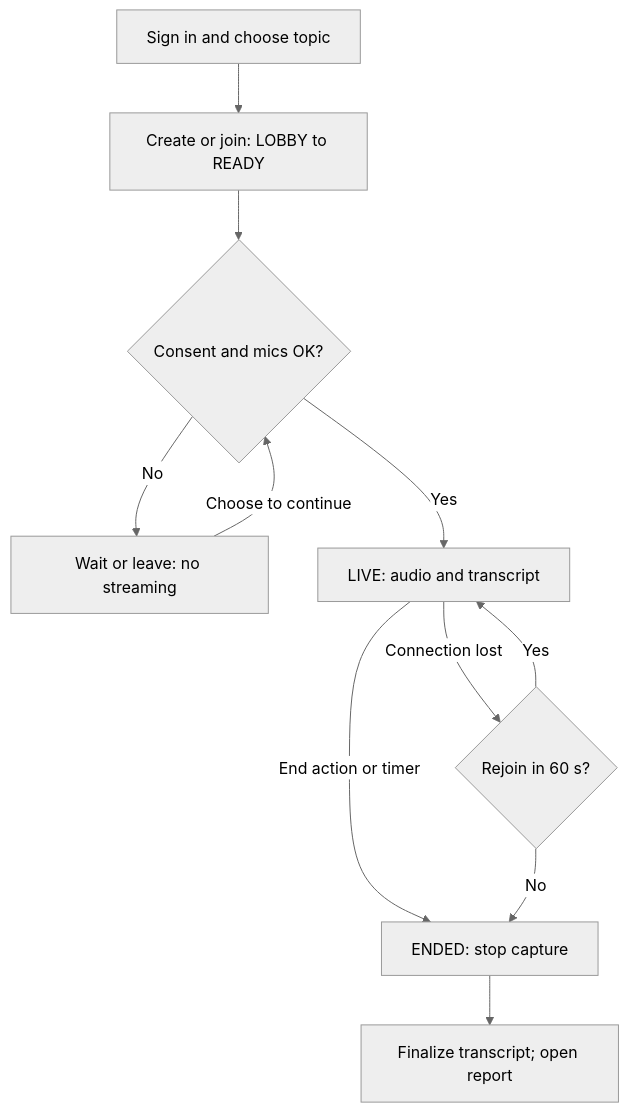
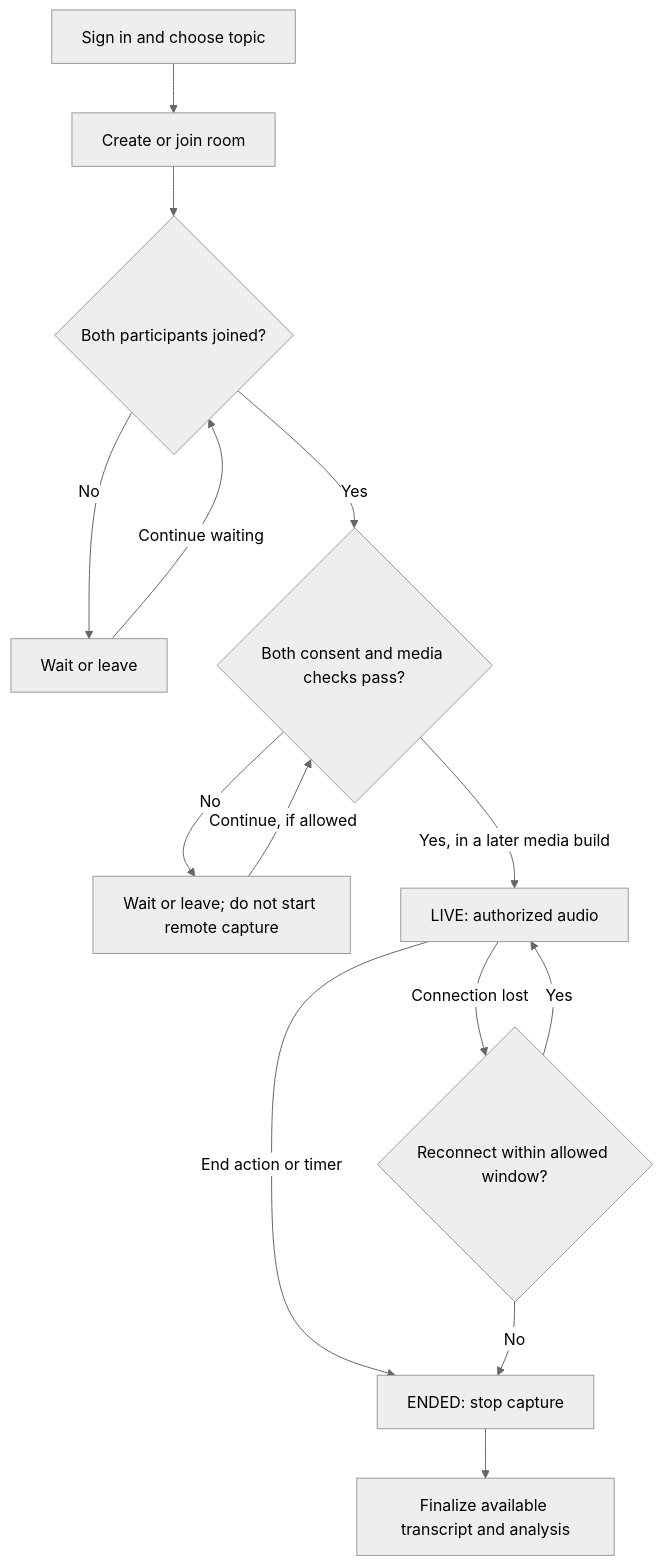
The first of 2 diagrams in docs/requirements/VISION_DOCUMENT.md (nguyendinhthienloc/DebateSpeak), drawn with Mermaid (neutral theme) before and after one commit. The commit also changed other lines of this file and 2 other files, not shown here.

````diff
--- a/docs/requirements/VISION_DOCUMENT.md
+++ b/docs/requirements/VISION_DOCUMENT.md
@@ -178,13 +186,16 @@
 ```mermaid
 flowchart TD
-    signIn["Sign in and choose topic"] --> lobby["Create or join: LOBBY to READY"]
-    lobby --> consent{"Consent and mics OK?"}
-    consent -->|"No"| waitRoom["Wait or leave: no streaming"]
-    waitRoom -->|"Choose to continue"| consent
-    consent -->|"Yes"| liveRoom["LIVE: audio and transcript"]
+    signIn["Sign in and choose topic"] --> lobby["Create or join room"]
+    lobby --> ready{"Both participants joined?"}
+    ready -->|"No"| waitRoom["Wait or leave"]
+    waitRoom -->|"Continue waiting"| ready
+    ready -->|"Yes"| consent{"Both consent and media checks pass?"}
+    consent -->|"No"| waitOrLeave["Wait or leave; do not start remote capture"]
+    waitOrLeave -->|"Continue, if allowed"| consent
+    consent -->|"Yes, in a later media build"| liveRoom["LIVE: authorized audio"]
     liveRoom -->|"End action or timer"| endedRoom["ENDED: stop capture"]
-    liveRoom -->|"Connection lost"| reconnect{"Rejoin in 60 s?"}
+    liveRoom -->|"Connection lost"| reconnect{"Reconnect within allowed window?"}
     reconnect -->|"Yes"| liveRoom
     reconnect -->|"No"| endedRoom
-    endedRoom --> report["Finalize transcript; open report"]
+    endedRoom --> report["Finalize available transcript and analysis"]
 ```
````
